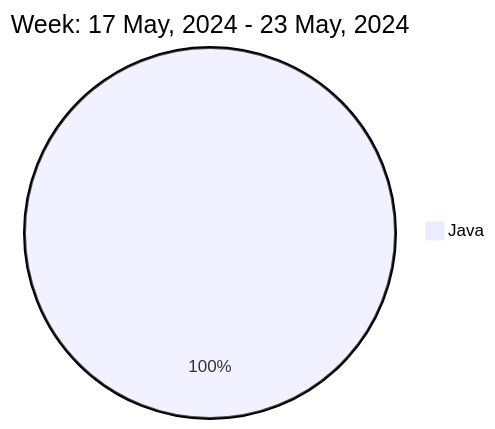
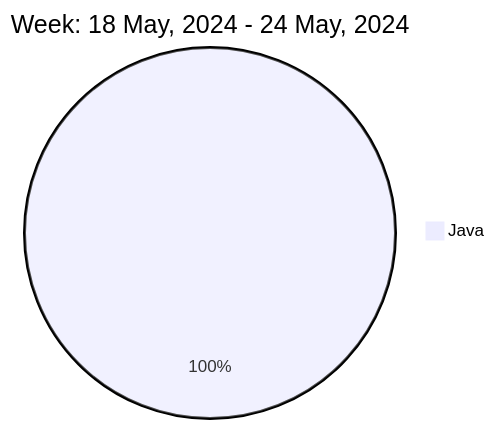
The diagram in README.md (liubin95/liubin95), drawn with Mermaid before and after one commit.

Commit message:
Updated the Graph with new Metrics

````diff
--- a/README.md
+++ b/README.md
@@ -37,5 +37,5 @@
 ```mermaid
  pie
-title Week: 17 May, 2024 - 23 May, 2024
- "Java" : 2.02
+title Week: 18 May, 2024 - 24 May, 2024
+ "Java" : 2.07
 ```
````
